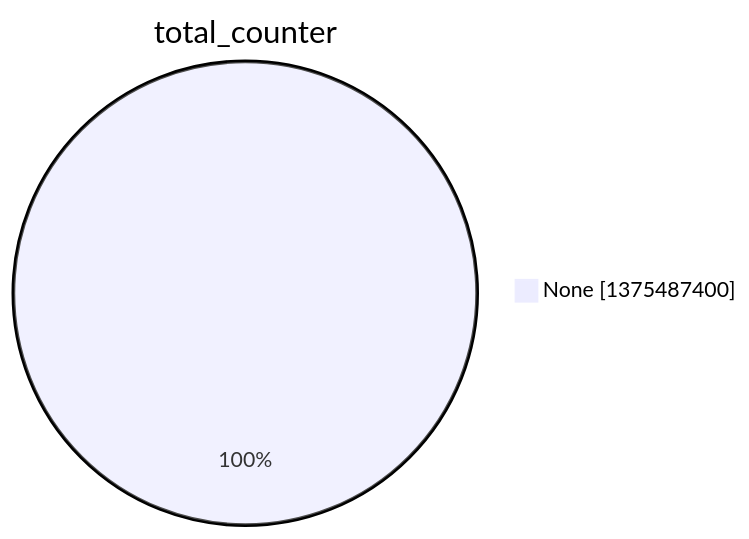
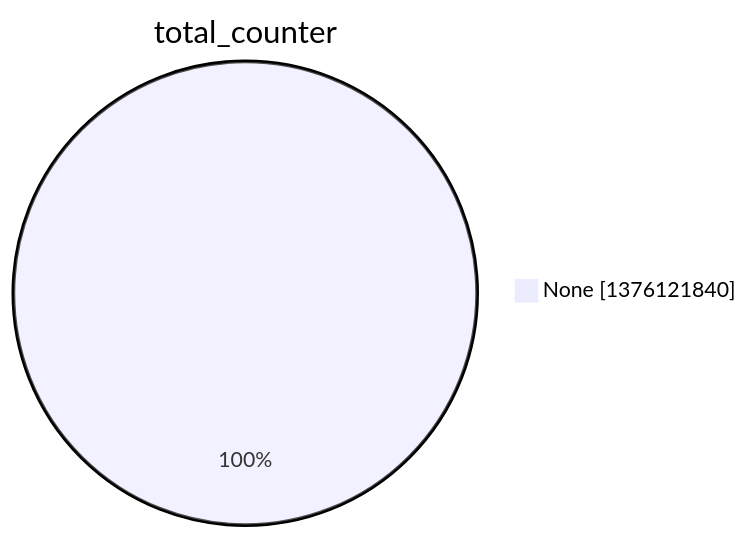
Before and after one commit to christiankrug/ctmonitor_visualization: the second of 15 diagrams in argon2022/README.md, drawn with Mermaid. The commit also changed other lines of this file, not shown here.

````diff
--- a/argon2022/README.md
+++ b/argon2022/README.md
@@ -9,5 +9,5 @@
 ```mermaid
 pie showData
 title total_counter
-"None" :1375487400
+"None" :1376121840
 ```
````
